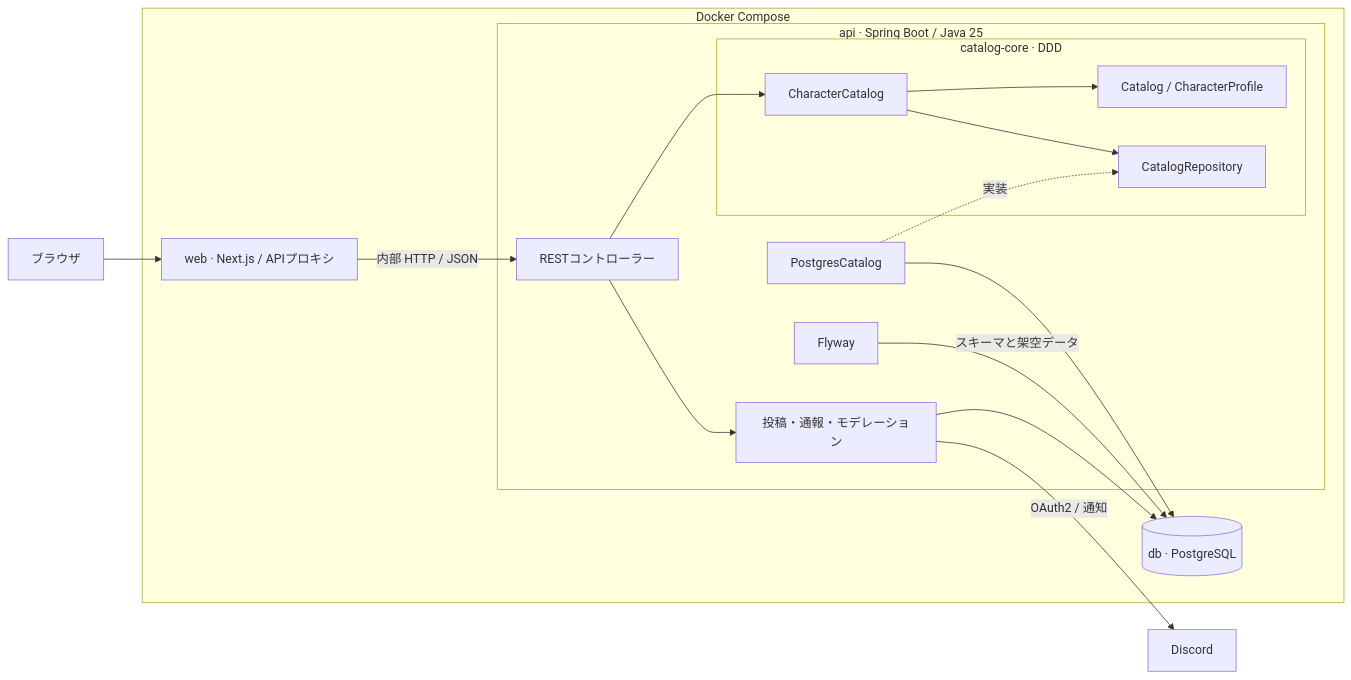
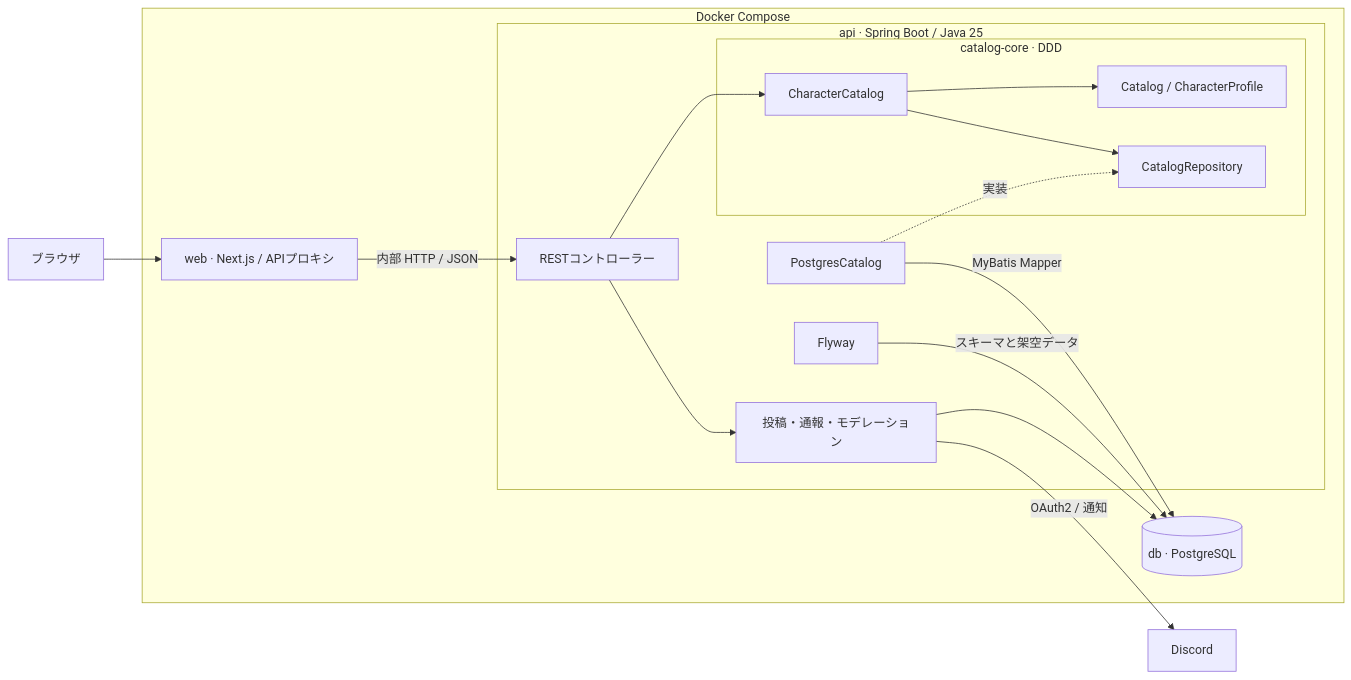
The diagram in docs/ARCHITECTURE.md (rk-codefolio/character-atlas), drawn with Mermaid before and after one commit. The commit also changed other lines of this file and 25 other files, not shown here.

````diff
--- a/docs/ARCHITECTURE.md
+++ b/docs/ARCHITECTURE.md
@@ -7,31 +7,31 @@
 ```mermaid
 flowchart LR
     browser["ブラウザ"]
     discord["Discord"]
     subgraph compose["Docker Compose"]
         web["web · Next.js / APIプロキシ"]
         subgraph api["api · Spring Boot / Java 25"]
             controller["RESTコントローラー"]
             subgraph core["catalog-core · DDD"]
                 model["Catalog / CharacterProfile"]
                 usecase["CharacterCatalog"]
                 port["CatalogRepository"]
             end
             adapter["PostgresCatalog"]
             moderation["投稿・通報・モデレーション"]
             flyway["Flyway"]
         end
         db[("db · PostgreSQL")]
         web -->|"内部 HTTP / JSON"| controller
         controller --> usecase
         controller --> moderation
         usecase --> model
         usecase --> port
         adapter -.->|"実装"| port
-        adapter --> db
+        adapter -->|"MyBatis Mapper"| db
         moderation --> db
         flyway -->|"スキーマと架空データ"| db
     end
     browser --> web
     moderation -->|"OAuth2 / 通知"| discord
 ```
````
